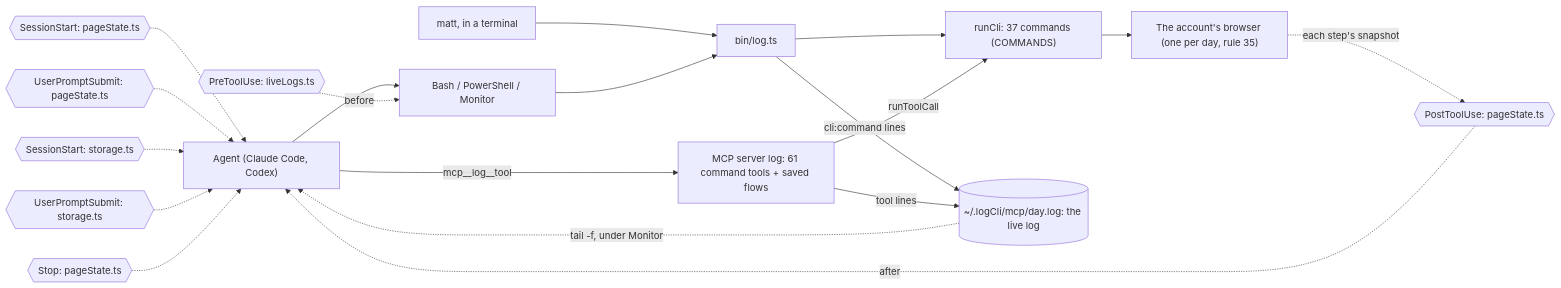
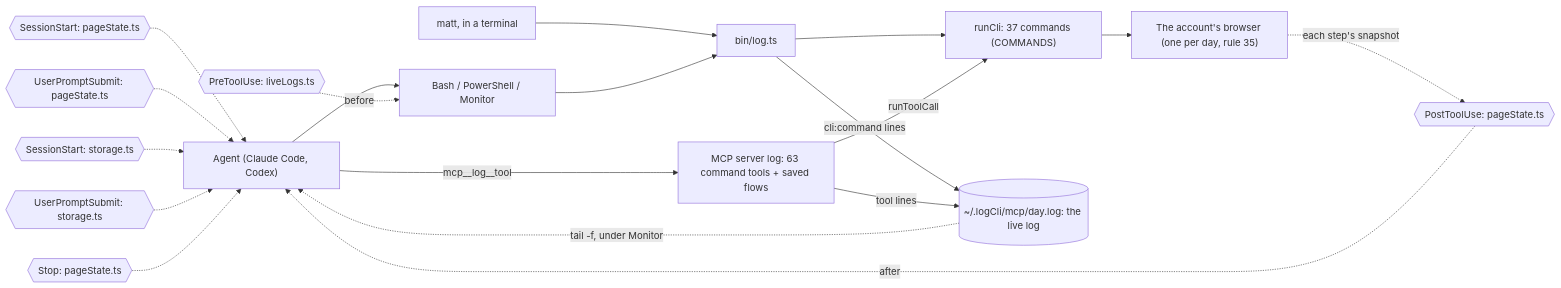
Before and after one commit to matthewdonsemail-lab/log: the diagram in docs/diagrams/surface.mmd, drawn with Mermaid. The commit also changed 13 other files, not shown here.

```diff
--- a/docs/diagrams/surface.mmd
+++ b/docs/diagrams/surface.mmd
@@ -1,29 +1,29 @@
 %% How a call reaches log-cli. From a shell or over MCP, both run the same commands through `runCli`, write the same live log, and pass through the same hooks.
 %% Written by `bun run docs:build` from the code (rule 56). Not edited by hand.
 flowchart LR
   agent["Agent (Claude Code, Codex)"]
   matt["matt, in a terminal"]
   shell["Bash / PowerShell / Monitor"]
-  mcp["MCP server log: 61 command tools + saved flows"]
+  mcp["MCP server log: 63 command tools + saved flows"]
   bin["bin/log.ts"]
   runCli["runCli: 37 commands (COMMANDS)"]
   live[("~/.logCli/mcp/day.log: the live log")]
   browser["The account's browser (one per day, rule 35)"]
   agent --> shell
   matt --> bin
   shell --> bin
   agent -->|mcp__log__tool| mcp
   bin --> runCli
   mcp -->|runToolCall| runCli
   runCli --> browser
   bin -->|cli:command lines| live
   mcp -->|tool lines| live
   live -.->|tail -f, under Monitor| agent
   pre0{{"PreToolUse: liveLogs.ts"}} -.->|before| shell
   post0{{"PostToolUse: pageState.ts"}} -.->|after| agent
   turn0{{"SessionStart: pageState.ts"}} -.-> agent
   turn1{{"UserPromptSubmit: pageState.ts"}} -.-> agent
   turn2{{"SessionStart: storage.ts"}} -.-> agent
   turn3{{"UserPromptSubmit: storage.ts"}} -.-> agent
   turn4{{"Stop: pageState.ts"}} -.-> agent
   browser -.->|each step's snapshot| post0
```
